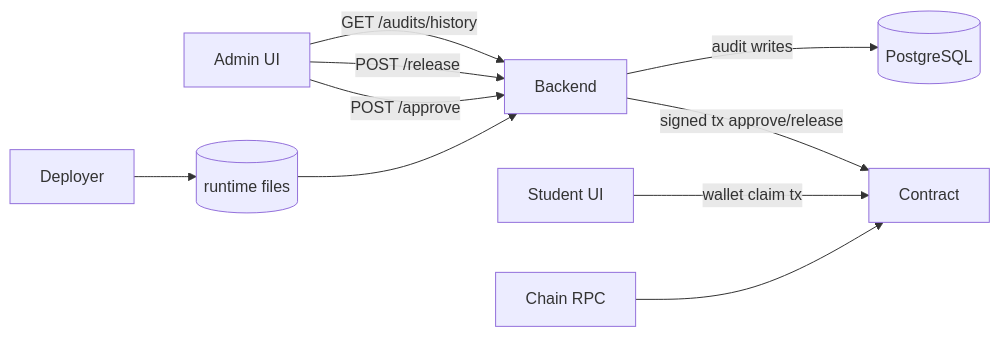
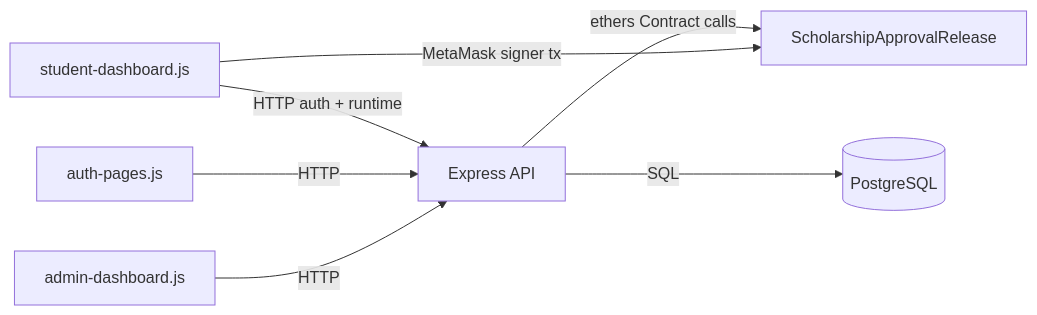
Before and after one commit to ahmedelbamby-aast/ScholarshipDisbursement: the first of 3 diagrams in docs/cross-interactions.md, drawn with Mermaid. The commit also changed other lines of this file and 60 other files, not shown here.

````diff
--- a/docs/cross-interactions.md
+++ b/docs/cross-interactions.md
@@ -13,12 +13,9 @@
 ```mermaid
 flowchart LR
-  ADM[Admin UI] -->|POST /approve| API[Backend]
-  ADM -->|POST /release| API
-  ADM -->|GET /audits/history| API
-  API -->|signed tx approve/release| SC[Contract]
-  STU[Student UI] -->|wallet claim tx| SC
-  API -->|audit writes| DB[(PostgreSQL)]
-  DEP[Deployer] --> RT[(runtime files)]
-  RT --> API
-  CH[Chain RPC] --> SC
+  AdminUI[admin-dashboard.js] -->|HTTP| Backend[Express API]
+  AuthPages[auth-pages.js] -->|HTTP| Backend
+  StudentUI[student-dashboard.js] -->|HTTP auth + runtime| Backend
+  StudentUI -->|MetaMask signer tx| Contract[ScholarshipApprovalRelease]
+  Backend -->|ethers Contract calls| Contract
+  Backend -->|SQL| Postgres[(PostgreSQL)]
 ```
````
